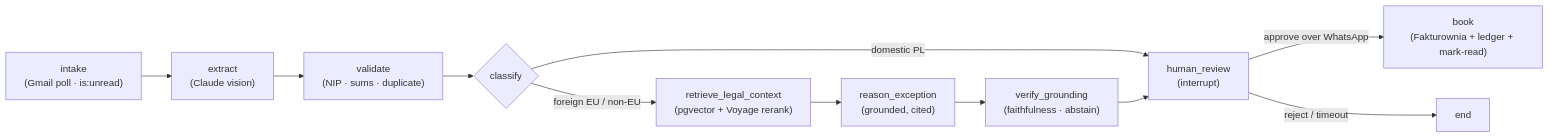
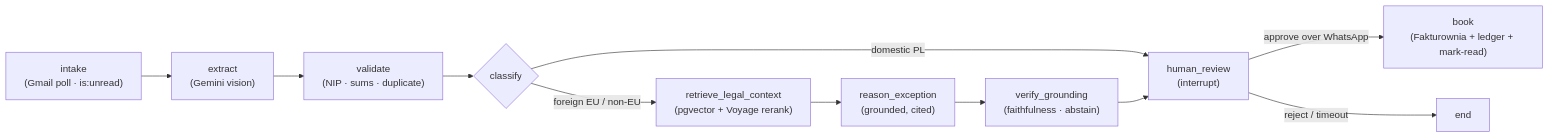
The diagram in README.md (insygna-research/census-mstudniarski-arch-AI-Invoicer-Agent), drawn with Mermaid before and after one commit. The commit also changed other lines of this file and 32 other files, not shown here.

First line of the commit message:
feat(llm): migracja Claude -> Gemini 2.5 Flash (darmowy tier AI Studio)

````diff
--- a/README.md
+++ b/README.md
@@ -15,13 +15,13 @@
 ```mermaid
 flowchart LR
-    A["intake<br/>(Gmail poll · is:unread)"] --> B["extract<br/>(Claude vision)"]
+    A["intake<br/>(Gmail poll · is:unread)"] --> B["extract<br/>(Gemini vision)"]
     B --> C["validate<br/>(NIP · sums · duplicate)"]
     C --> D{classify}
     D -->|domestic PL| F["human_review<br/>(interrupt)"]
     D -->|foreign EU / non-EU| R["retrieve_legal_context<br/>(pgvector + Voyage rerank)"]
     R --> E["reason_exception<br/>(grounded, cited)"]
     E --> V["verify_grounding<br/>(faithfulness · abstain)"]
     V --> F
     F -->|approve over WhatsApp| G["book<br/>(Fakturownia + ledger + mark-read)"]
     F -->|reject / timeout| H[end]
 ```
````
